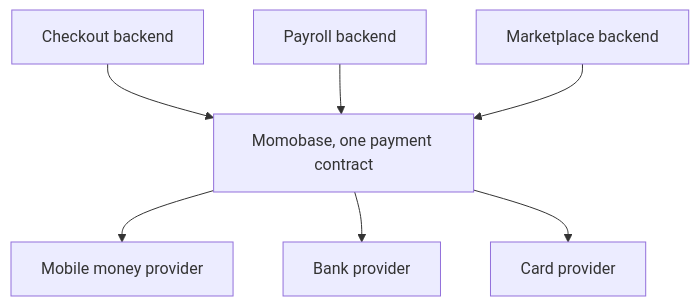
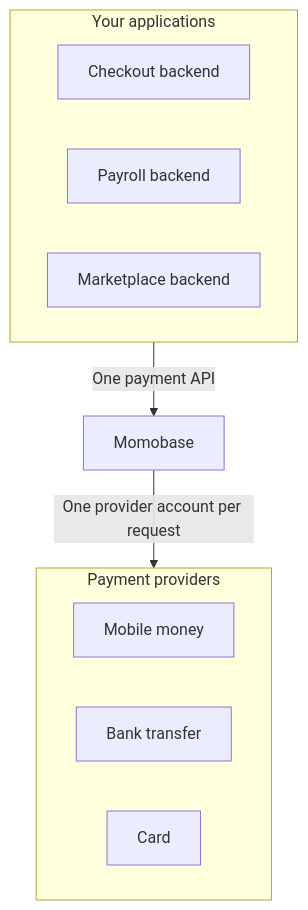
The first of 2 diagrams in guide/index.md (momobasehq/momobasehq.github.io), drawn with Mermaid before and after one commit. The commit also changed other lines of this file and 4 other files, not shown here.

Commit message:
docs: redraw diagrams as grouped flowcharts and architecture views

````diff
--- a/guide/index.md
+++ b/guide/index.md
@@ -9,9 +9,15 @@
 ```mermaid
-flowchart TD
-    Checkout[Checkout backend] --> MB
-    Payroll[Payroll backend] --> MB
-    Marketplace[Marketplace backend] --> MB
-    MB[Momobase, one payment contract] --> MobileMoney[Mobile money provider]
-    MB --> Bank[Bank provider]
-    MB --> Card[Card provider]
+flowchart TB
+    subgraph apps[Your applications]
+        Checkout[Checkout backend]
+        Payroll[Payroll backend]
+        Marketplace[Marketplace backend]
+    end
+    subgraph providers[Payment providers]
+        MobileMoney[Mobile money]
+        Bank[Bank transfer]
+        Card[Card]
+    end
+    apps -->|One payment API| MB[Momobase]
+    MB -->|One provider account per request| providers
 ```
````
